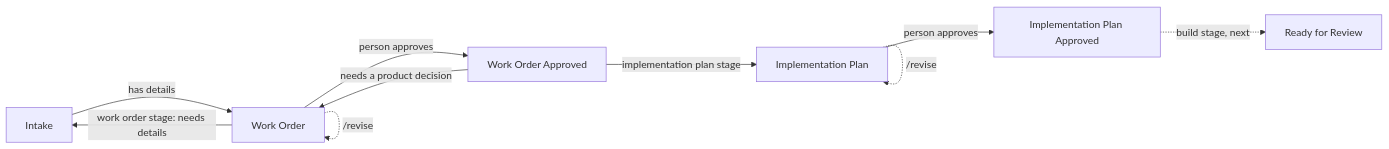
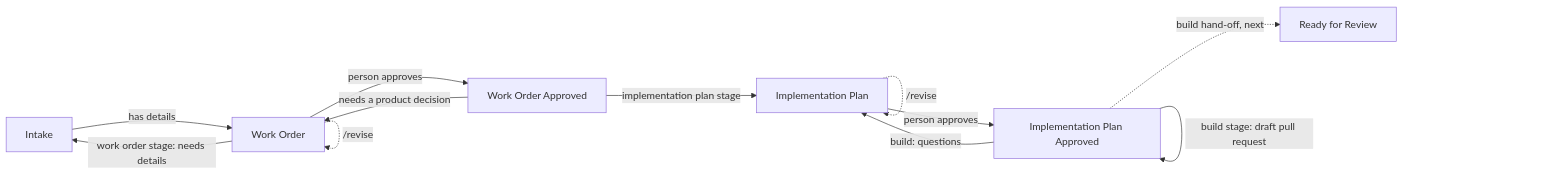
One commit to dkmyta/agent-hub changed the diagram in .github/agent-hub/README.md. Above: the diagram before and after it, drawn with Mermaid. The commit also changed other lines of this file and 95 other files, not shown here.

Commit message:
Build stage, part 1: approved plan → draft pull request (2.5.0)

````diff
--- a/.github/agent-hub/README.md
+++ b/.github/agent-hub/README.md
@@ -8,12 +9,14 @@
 ```mermaid
 flowchart LR
   I[Intake] -->|has details| WO[Work Order]
   WO -->|work order stage: needs details| I
   WO -->|person approves| WA[Work Order Approved]
   WA -->|implementation plan stage| IP[Implementation Plan]
   WA -->|needs a product decision| WO
   IP -->|person approves| PA[Implementation Plan Approved]
   WO -.->|/revise| WO
   IP -.->|/revise| IP
-  PA -.->|build stage, next| R[Ready for Review]
+  PA -->|build stage: draft pull request| PA
+  PA -->|build: questions| IP
+  PA -.->|build hand-off, next| R[Ready for Review]
 ```
````
